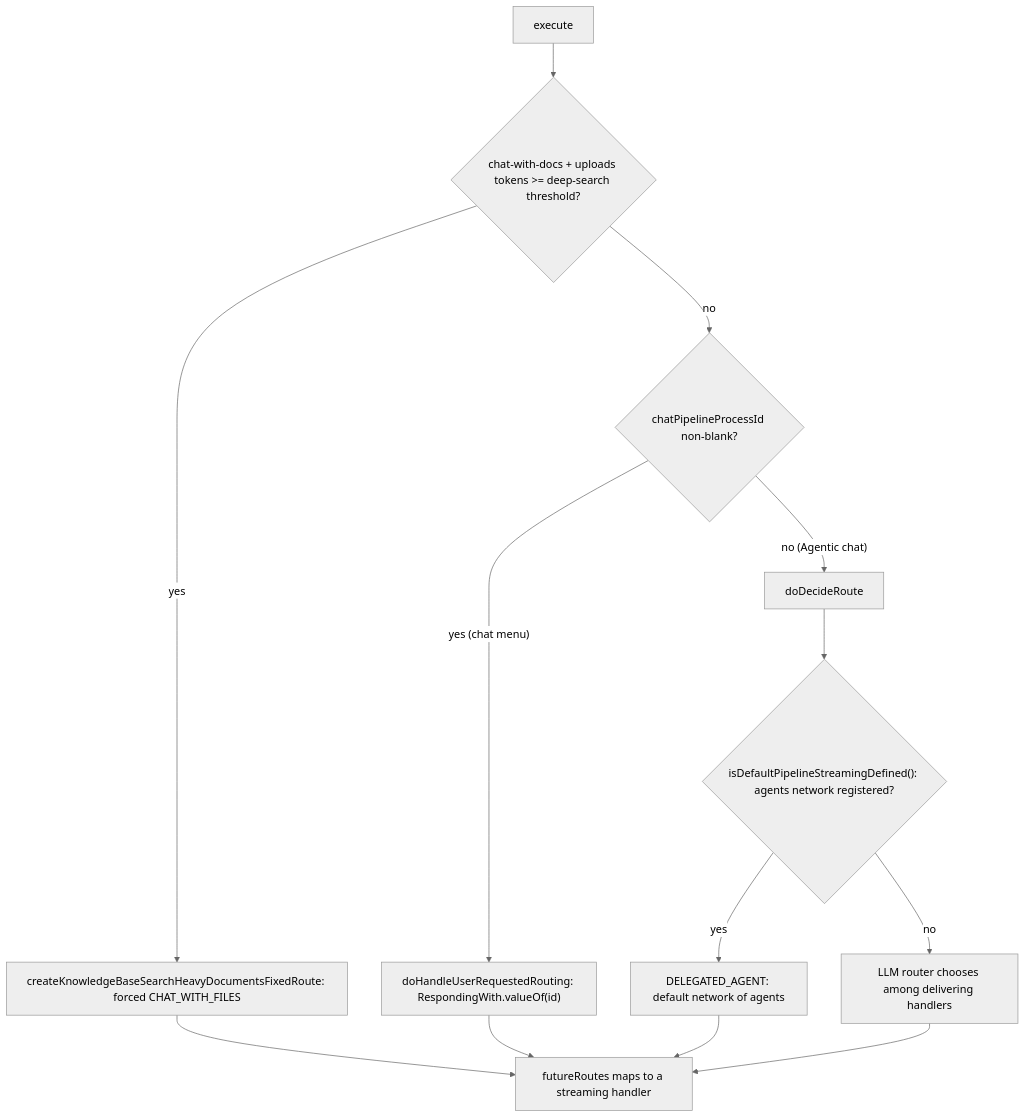
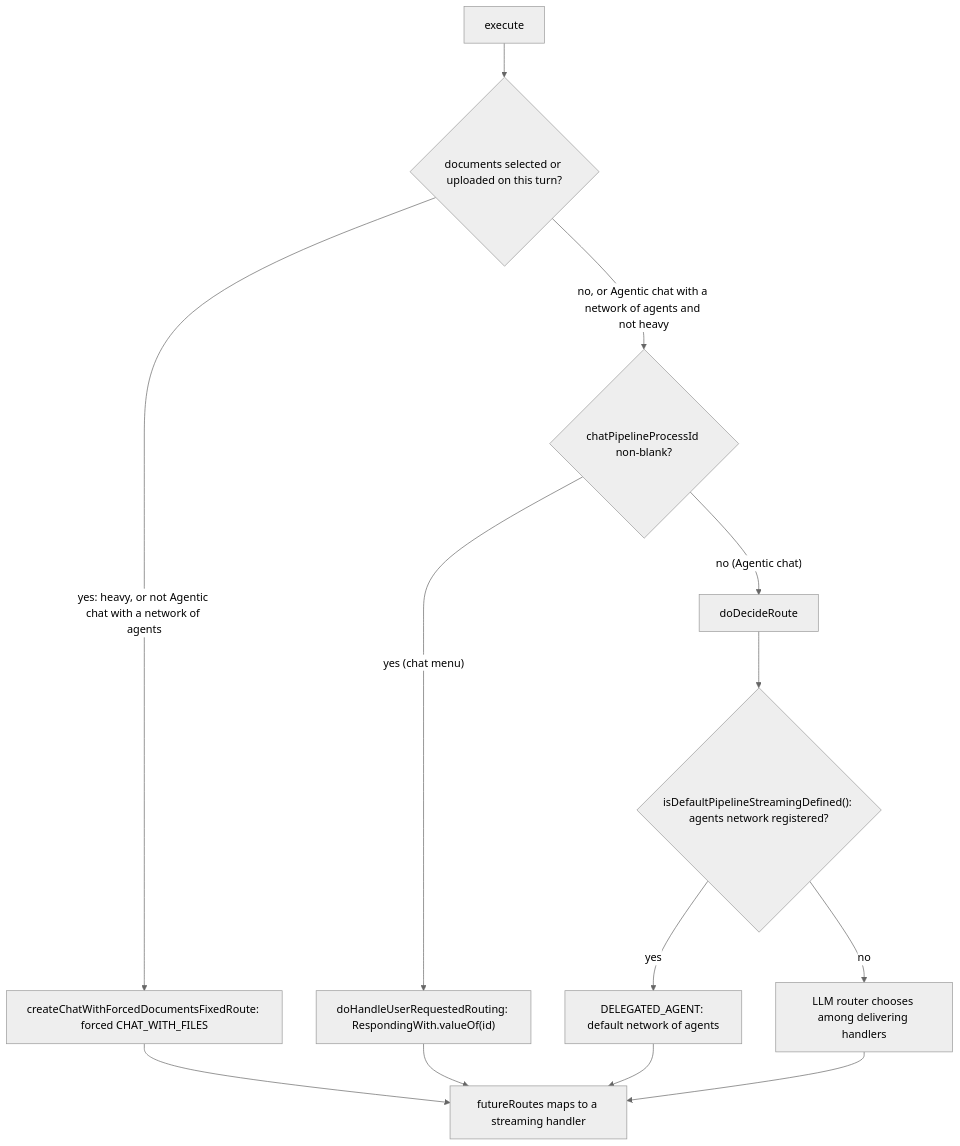
Before and after one commit to geboai/Gebo.ai: the first of 2 diagrams in docs/CHAT-PIPELINE-ROUTING-ARCHITECTURE.md, drawn with Mermaid (neutral theme). The commit also changed other lines of this file and 2 other files, not shown here.

First line of the commit message:
feat(chat): Agentic chat chosen for a turn's documents runs the agents

````diff
--- a/docs/CHAT-PIPELINE-ROUTING-ARCHITECTURE.md
+++ b/docs/CHAT-PIPELINE-ROUTING-ARCHITECTURE.md
@@ -54,15 +54,15 @@
 ```mermaid
 flowchart TD
-    A[execute] --> B{"chat-with-docs + uploads tokens >= deep-search threshold?"}
-    B -- yes --> C["createKnowledgeBaseSearchHeavyDocumentsFixedRoute: forced CHAT_WITH_FILES"]
-    B -- no --> D{"chatPipelineProcessId non-blank?"}
+    A[execute] --> B{"documents selected or uploaded on this turn?"}
+    B -- "yes: heavy, or not Agentic chat with a network of agents" --> C["createChatWithForcedDocumentsFixedRoute: forced CHAT_WITH_FILES"]
+    B -- "no, or Agentic chat with a network of agents and not heavy" --> D{"chatPipelineProcessId non-blank?"}
     D -- "yes (chat menu)" --> E["doHandleUserRequestedRouting: RespondingWith.valueOf(id)"]
     D -- "no (Agentic chat)" --> F[doDecideRoute]
     F --> G{"isDefaultPipelineStreamingDefined(): agents network registered?"}
     G -- yes --> H["DELEGATED_AGENT: default network of agents"]
     G -- no --> I["LLM router chooses among delivering handlers"]
     C --> J[futureRoutes maps to a streaming handler]
     E --> J
     H --> J
     I --> J
 ```
````
